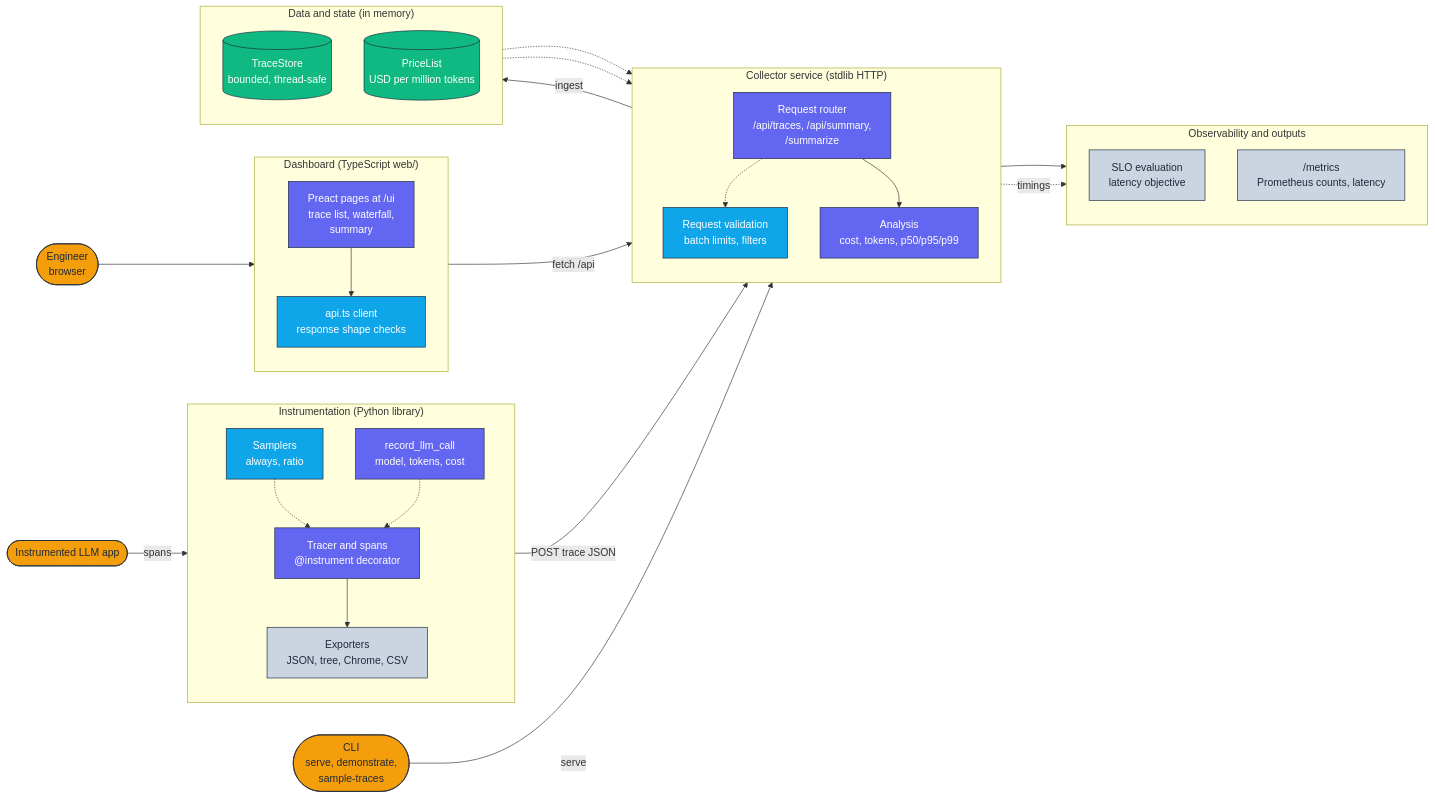
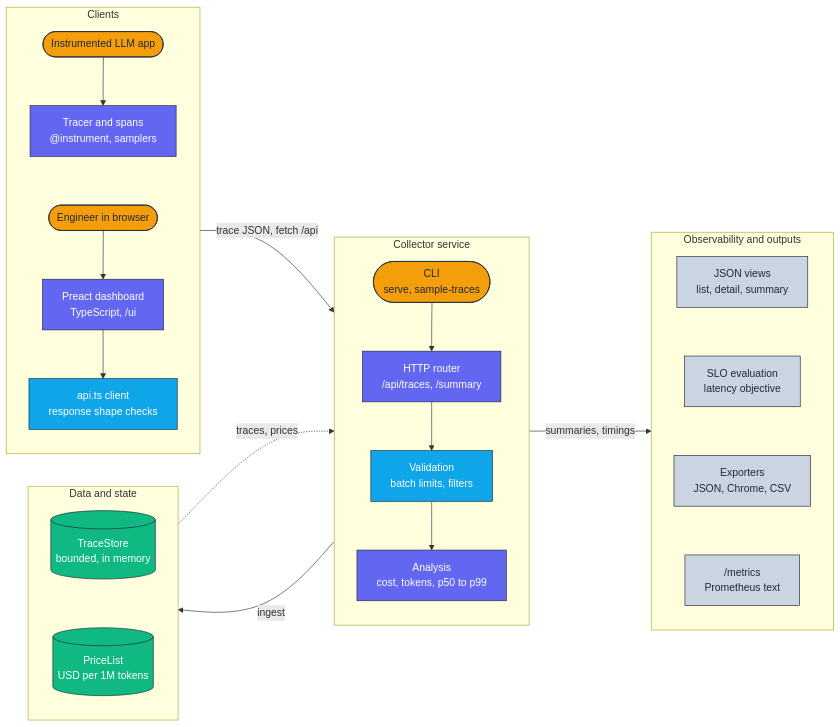
One commit to adeoluo/llm-observability changed the diagram in docs/architecture/architecture.mmd. Above: the diagram before and after it, drawn with Mermaid. The commit also changed 1 other file, not shown here.

Commit message:
docs: compact horizontal architecture diagram

```diff
--- a/docs/architecture/architecture.mmd
+++ b/docs/architecture/architecture.mmd
@@ -1,60 +1,46 @@
 flowchart LR
     classDef edge     fill:#F59E0B,stroke:#1E293B,color:#1E293B,stroke-width:1px;
     classDef core     fill:#6366F1,stroke:#1E293B,color:#ffffff,stroke-width:1px;
     classDef data     fill:#10B981,stroke:#1E293B,color:#ffffff,stroke-width:1px;
     classDef control  fill:#0EA5E9,stroke:#1E293B,color:#ffffff,stroke-width:1px;
     classDef obs      fill:#CBD5E1,stroke:#1E293B,color:#1E293B,stroke-width:1px;
 
-    App(["Instrumented LLM app"]):::edge
-    Engineer(["Engineer<br/>browser"]):::edge
-    Cli(["CLI<br/>serve, demonstrate,<br/>sample-traces"]):::edge
-
-    subgraph Lib["Instrumentation (Python library)"]
+    subgraph Clients["Clients"]
         direction TB
-        Sampler["Samplers<br/>always, ratio"]:::control
-        Tracer["Tracer and spans<br/>@instrument decorator"]:::core
-        LlmCall["record_llm_call<br/>model, tokens, cost"]:::core
-        Export["Exporters<br/>JSON, tree, Chrome, CSV"]:::obs
+        App(["Instrumented LLM app"]):::edge
+        Tracer["Tracer and spans<br/>@instrument, samplers"]:::core
+        Engineer(["Engineer in browser"]):::edge
+        Pages["Preact dashboard<br/>TypeScript, /ui"]:::core
+        ApiClient["api.ts client<br/>response shape checks"]:::control
+        App --> Tracer ~~~ Engineer --> Pages --> ApiClient
     end
 
-    subgraph Ui["Dashboard (TypeScript web/)"]
+    subgraph Service["Collector service"]
         direction TB
-        Pages["Preact pages at /ui<br/>trace list, waterfall,<br/>summary"]:::core
-        Client["api.ts client<br/>response shape checks"]:::control
+        Cli(["CLI<br/>serve, sample-traces"]):::edge
+        Router["HTTP router<br/>/api/traces, /summary"]:::core
+        Validate["Validation<br/>batch limits, filters"]:::control
+        Analysis["Analysis<br/>cost, tokens, p50 to p99"]:::core
+        Cli --> Router --> Validate --> Analysis
     end
 
-    subgraph Svc["Collector service (stdlib HTTP)"]
+    subgraph State["Data and state"]
         direction TB
-        Http["Request router<br/>/api/traces, /api/summary,<br/>/summarize"]:::core
-        Validate["Request validation<br/>batch limits, filters"]:::control
-        Analysis["Analysis<br/>cost, tokens, p50/p95/p99"]:::core
-    end
-
-    subgraph State["Data and state (in memory)"]
-        direction TB
-        Store[("TraceStore<br/>bounded, thread-safe")]:::data
-        Prices[("PriceList<br/>USD per million tokens")]:::data
+        Store[("TraceStore<br/>bounded, in memory")]:::data
+        Prices[("PriceList<br/>USD per 1M tokens")]:::data
+        Store ~~~ Prices
     end
 
     subgraph Obs["Observability and outputs"]
         direction TB
+        Views["JSON views<br/>list, detail, summary"]:::obs
         Slo["SLO evaluation<br/>latency objective"]:::obs
-        Metrics["/metrics<br/>Prometheus counts, latency"]:::obs
+        Export["Exporters<br/>JSON, Chrome, CSV"]:::obs
+        Metrics["/metrics<br/>Prometheus text"]:::obs
+        Views ~~~ Slo ~~~ Export ~~~ Metrics
     end
 
-    App -->|spans| Tracer
-    Sampler -.-> Tracer
-    LlmCall -.-> Tracer
-    Tracer --> Export
-    Export -->|POST trace JSON| Http
-    Engineer --> Pages
-    Pages --> Client
-    Client -->|fetch /api| Http
-    Cli -->|serve| Http
-    Http -.-> Validate
-    Http -->|ingest| Store
-    Http --> Analysis
-    Store -.-> Analysis
-    Prices -.-> Analysis
-    Analysis --> Slo
-    Http -.->|timings| Metrics
+    Clients -->|trace JSON, fetch /api| Service
+    Service -->|ingest| State
+    State -.->|traces, prices| Service
+    Service -->|summaries, timings| Obs
```
